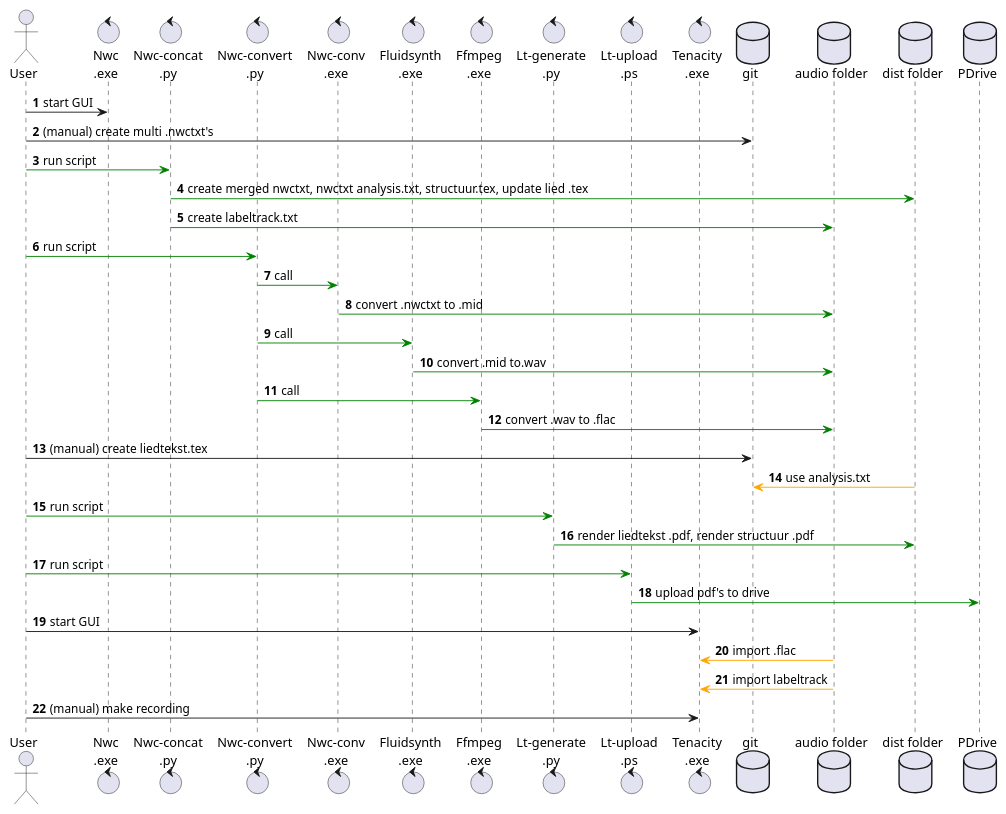
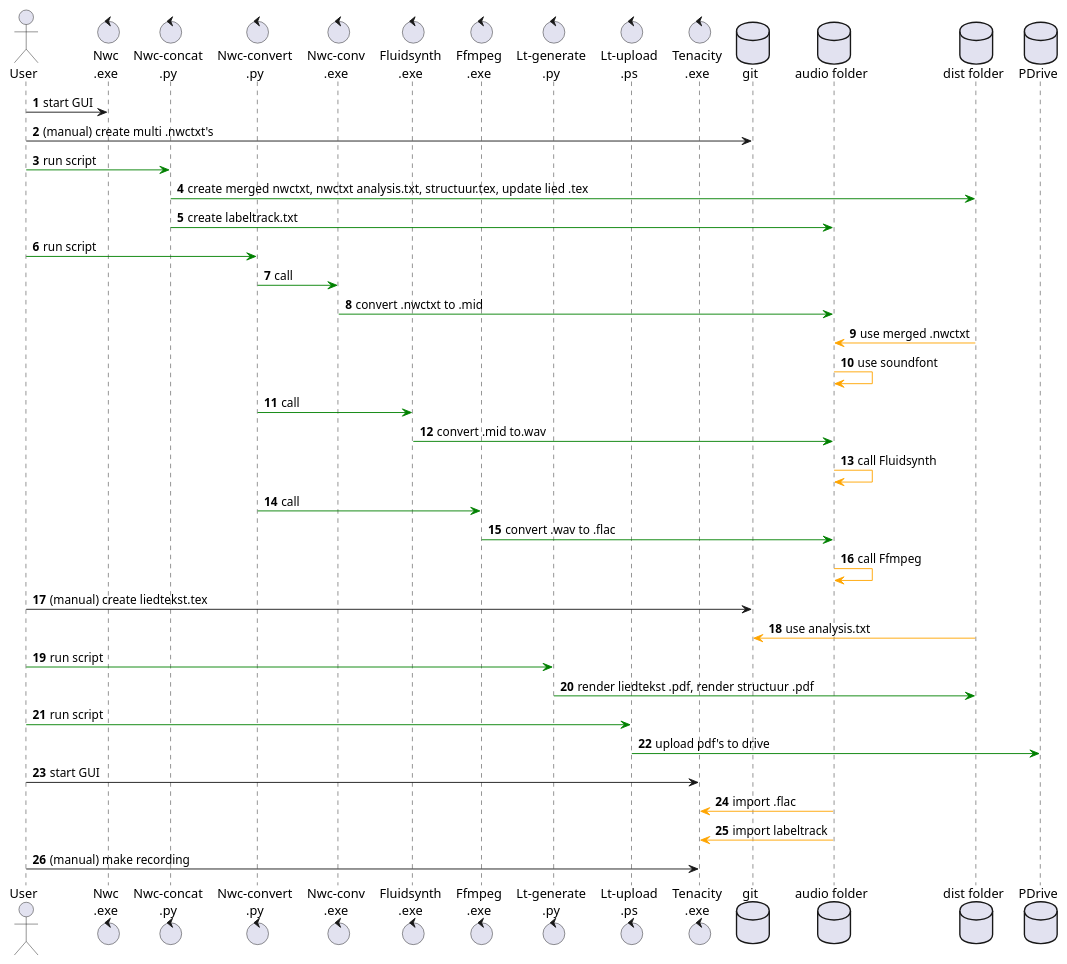
The diagram in project/schema.pu (real70discohits/liedteksten-code), drawn with PlantUML before and after one commit. The commit also changed 1 other file, not shown here.

```diff
--- a/project/schema.pu
+++ b/project/schema.pu
@@ -1,40 +1,44 @@
 @startuml
 actor       User       as u1
 control     "Nwc\n.exe"     as nwc
 control     "Nwc-concat\n.py"      as nwconcpy
 control     "Nwc-convert\n.py"      as nwconvpy
 control     "Nwc-conv\n.exe"  as nwconvexe
 control     "Fluidsynth\n.exe"   as fluid
 control     "Ffmpeg\n.exe" as ffmpeg
 control     "Lt-generate\n.py" as ltgenerate
 control     "Lt-upload\n.ps"    as ltupload
 control     "Tenacity\n.exe"  as tenacity
 database    "git" as repos
 database    "audio folder" as audio_output_folder
 database    "dist folder" as dist
 database    PDrive as pdrive
 
 autonumber
 u1 -> nwc : start GUI
 u1 -> repos: (manual) create multi .nwctxt's
 u1 -[#green]> nwconcpy : run script
 nwconcpy -[#green]> dist: create merged nwctxt, nwctxt analysis.txt, structuur.tex, update lied .tex
 nwconcpy -[#green]> audio_output_folder: create labeltrack.txt
 u1 -[#green]> nwconvpy : run script
 nwconvpy -[#green]> nwconvexe : call
 nwconvexe -[#green]> audio_output_folder: convert .nwctxt to .mid
+dist -[#orange]> audio_output_folder: use merged .nwctxt
+audio_output_folder -[#orange]> audio_output_folder: use soundfont
 nwconvpy -[#green]> fluid : call
 fluid -[#green]> audio_output_folder: convert .mid to.wav
+audio_output_folder -[#orange]> audio_output_folder: call Fluidsynth
 nwconvpy -[#green]> ffmpeg : call
 ffmpeg -[#green]> audio_output_folder: convert .wav to .flac
+audio_output_folder -[#orange]> audio_output_folder: call Ffmpeg
 u1 -> repos: (manual) create liedtekst.tex
 dist -[#orange]> repos: use analysis.txt
 u1 -[#green]> ltgenerate : run script
 ltgenerate -[#green]> dist: render liedtekst .pdf, render structuur .pdf
 u1 -[#green]> ltupload : run script
 ltupload -[#green]> pdrive : upload pdf's to drive
 u1 -> tenacity : start GUI
 tenacity <[#orange]- audio_output_folder: import .flac 
 tenacity <[#orange]- audio_output_folder: import labeltrack
 u1 -> tenacity : (manual) make recording
 @enduml
```
